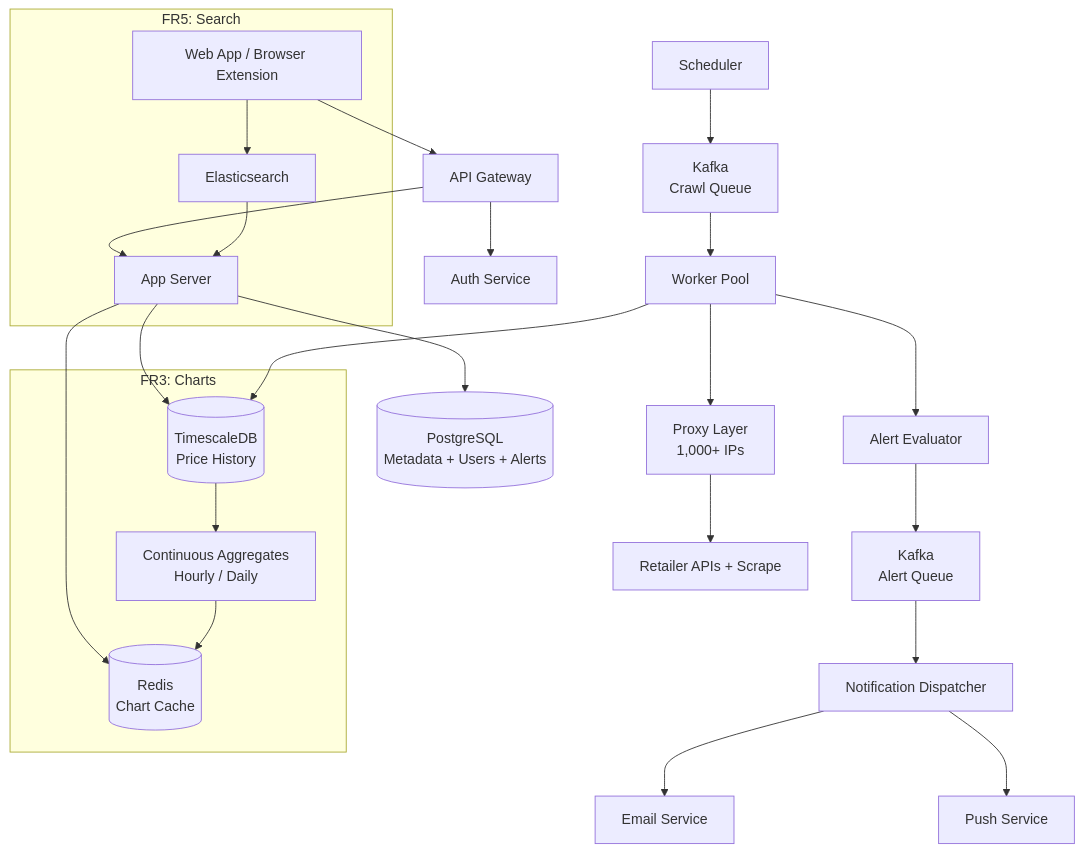
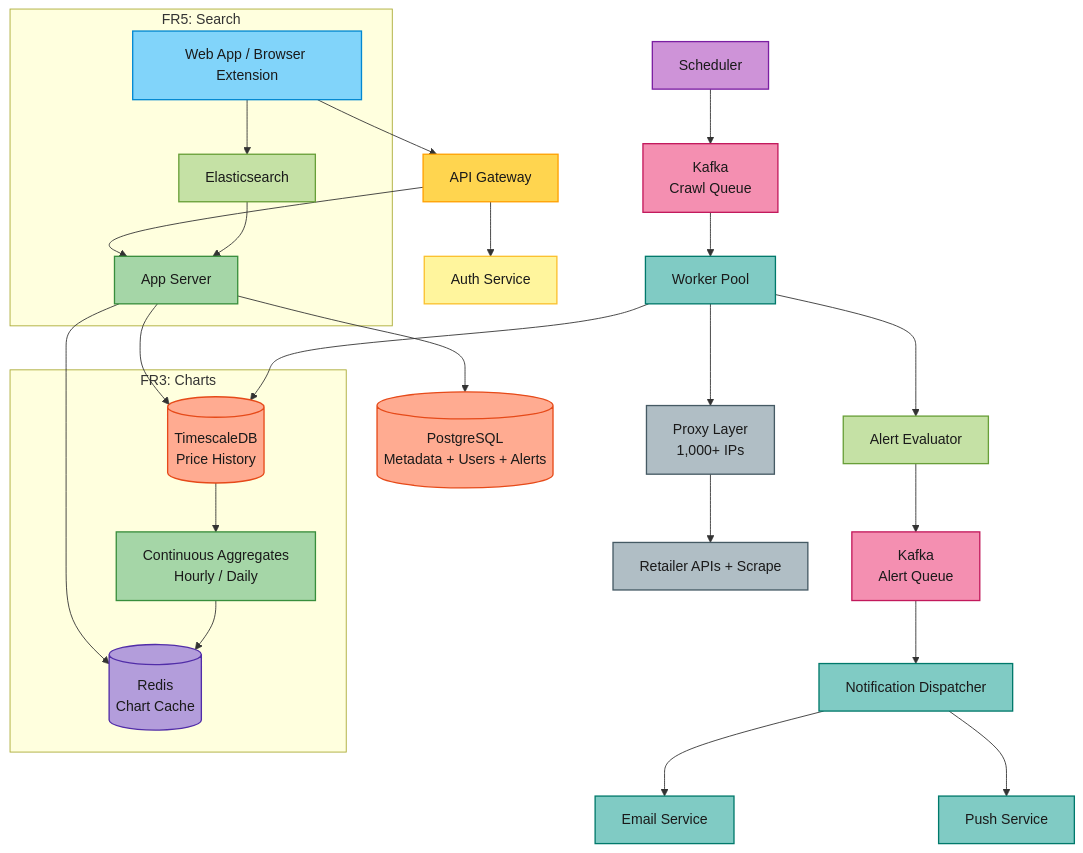
One commit to iliazlobin/iliazlobin.github.io changed the second of 2 diagrams in _posts/2026-07-01-system-design-camelcamelcamel.md. Above: the diagram before and after it, drawn with Mermaid. The commit also changed other lines of this file and 45 other files, not shown here.

First line of the commit message:
Republish all posts from Notion: fix mermaid errors, drop §7 Trade-offs (#88)

````diff
--- a/_posts/2026-07-01-system-design-camelcamelcamel.md
+++ b/_posts/2026-07-01-system-design-camelcamelcamel.md
@@ -119,32 +119,52 @@
 ```mermaid
 flowchart TD
     FE[Web App / Browser Extension] --> GW[API Gateway]
     GW --> AS[App Server]
     GW --> Auth[Auth Service]
 
     AS --> PG[(PostgreSQL<br/>Metadata + Users + Alerts)]
     AS --> TS[(TimescaleDB<br/>Price History)]
     AS --> RD[(Redis<br/>Chart Cache)]
 
     Sched[Scheduler] --> Q[Kafka<br/>Crawl Queue]
     Q --> WP[Worker Pool]
     WP --> PL[Proxy Layer<br/>1,000+ IPs]
     PL --> Retailers[Retailer APIs + Scrape]
     WP --> TS
 
     WP --> AE[Alert Evaluator]
     AE --> AQ[Kafka<br/>Alert Queue]
     AQ --> ND[Notification Dispatcher]
     ND --> Email[Email Service]
     ND --> Push[Push Service]
 
     subgraph "FR3: Charts"
         TS --> CA[Continuous Aggregates<br/>Hourly / Daily]
         CA --> RD
     end
 
     subgraph "FR5: Search"
         ES[Elasticsearch] --> AS
         FE --> ES
     end
+
+    style FE fill:#81D4FA,stroke:#0288D1,stroke-width:1.5px,color:#1A1A1A
+    style GW fill:#FFD54F,stroke:#FFA000,stroke-width:1.5px,color:#1A1A1A
+    style AS fill:#A5D6A7,stroke:#388E3C,stroke-width:1.5px,color:#1A1A1A
+    style Auth fill:#FFF59D,stroke:#FBC02D,stroke-width:1.5px,color:#1A1A1A
+    style PG fill:#FFAB91,stroke:#E64A19,stroke-width:1.5px,color:#1A1A1A
+    style TS fill:#FFAB91,stroke:#E64A19,stroke-width:1.5px,color:#1A1A1A
+    style RD fill:#B39DDB,stroke:#512DA8,stroke-width:1.5px,color:#1A1A1A
+    style Sched fill:#CE93D8,stroke:#7B1FA2,stroke-width:1.5px,color:#1A1A1A
+    style Q fill:#F48FB1,stroke:#C2185B,stroke-width:1.5px,color:#1A1A1A
+    style WP fill:#80CBC4,stroke:#00796B,stroke-width:1.5px,color:#1A1A1A
+    style PL fill:#B0BEC5,stroke:#455A64,stroke-width:1.5px,color:#1A1A1A
+    style Retailers fill:#B0BEC5,stroke:#455A64,stroke-width:1.5px,color:#1A1A1A
+    style AE fill:#C5E1A5,stroke:#689F38,stroke-width:1.5px,color:#1A1A1A
+    style AQ fill:#F48FB1,stroke:#C2185B,stroke-width:1.5px,color:#1A1A1A
+    style ND fill:#80CBC4,stroke:#00796B,stroke-width:1.5px,color:#1A1A1A
+    style Email fill:#80CBC4,stroke:#00796B,stroke-width:1.5px,color:#1A1A1A
+    style Push fill:#80CBC4,stroke:#00796B,stroke-width:1.5px,color:#1A1A1A
+    style CA fill:#A5D6A7,stroke:#388E3C,stroke-width:1.5px,color:#1A1A1A
+    style ES fill:#C5E1A5,stroke:#689F38,stroke-width:1.5px,color:#1A1A1A
 ```
````
